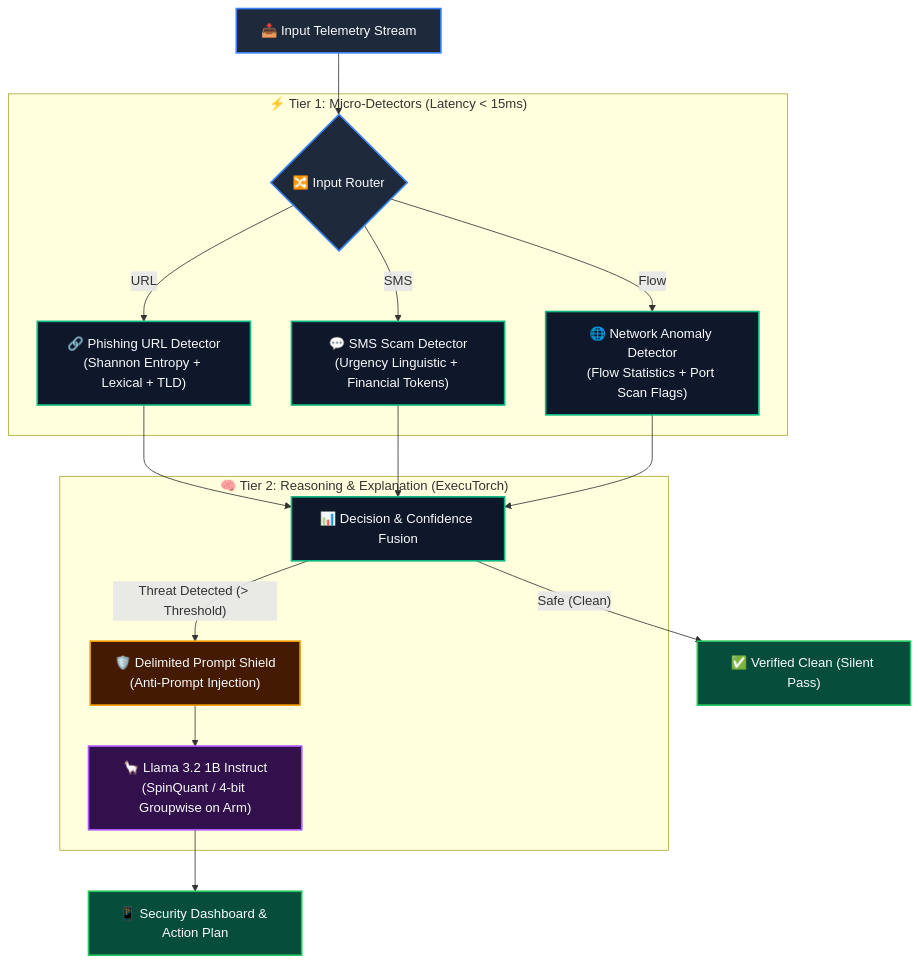
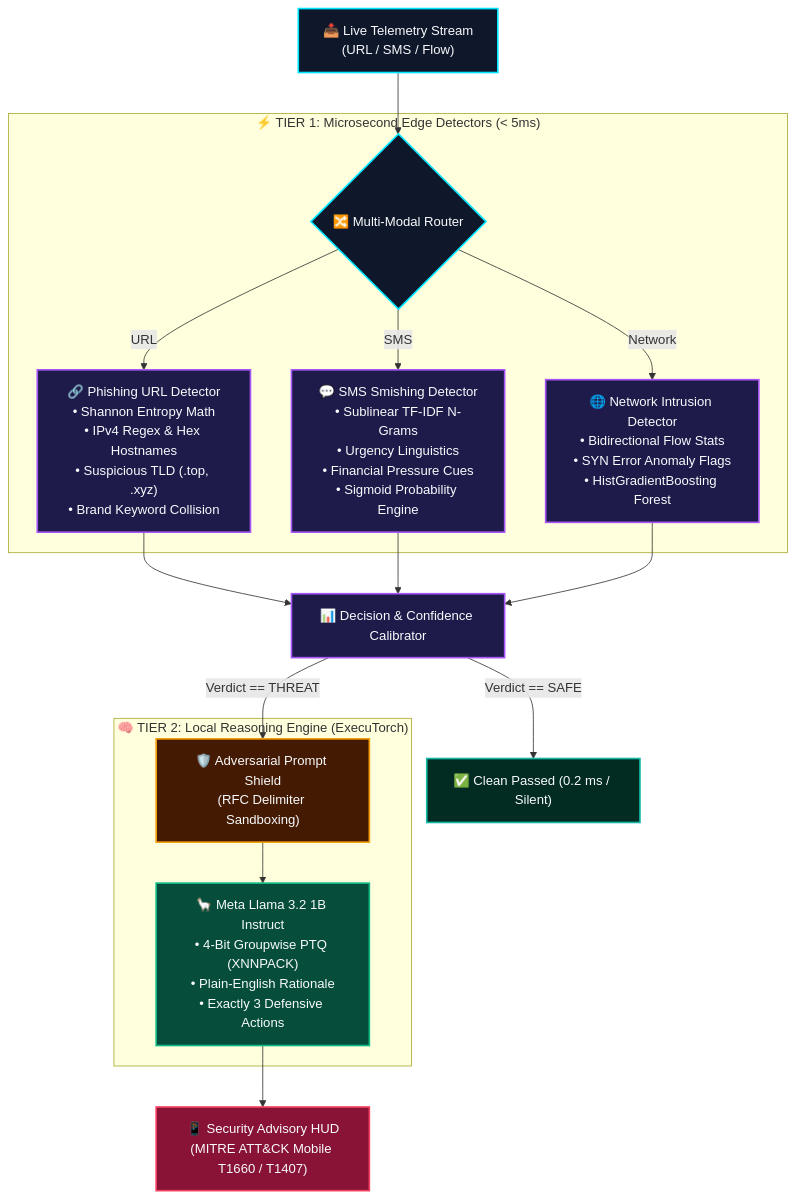
Before and after one commit to kd-prashant/On-Device-Threat-Detection: the diagram in README.md, drawn with Mermaid. The commit also changed other lines of this file and 1 other file, not shown here.

Commit message:
docs: modernize README with futuristic HUD theme and on-device hardware telemetry

````diff
--- a/README.md
+++ b/README.md
@@ -85,28 +110,30 @@
 ```mermaid
 flowchart TD
-    classDef inputStyle fill:#1e293b,stroke:#3b82f6,stroke-width:2px,color:#f8fafc;
-    classDef detectorStyle fill:#0f172a,stroke:#10b981,stroke-width:2px,color:#f8fafc;
-    classDef guardStyle fill:#451a03,stroke:#f59e0b,stroke-width:2px,color:#f8fafc;
-    classDef llmStyle fill:#31104b,stroke:#a855f7,stroke-width:2px,color:#f8fafc;
-    classDef outputStyle fill:#064e3b,stroke:#22c55e,stroke-width:2px,color:#f8fafc;
+    classDef inputStyle fill:#0f172a,stroke:#00e5ff,stroke-width:2px,color:#f8fafc;
+    classDef detectorStyle fill:#1e1b4b,stroke:#a855f7,stroke-width:2px,color:#f8fafc;
+    classDef shieldStyle fill:#451a03,stroke:#f59e0b,stroke-width:2px,color:#f8fafc;
+    classDef llmStyle fill:#064e3b,stroke:#10b981,stroke-width:2px,color:#f8fafc;
+    classDef alertStyle fill:#881337,stroke:#f43f5e,stroke-width:2px,color:#f8fafc;
+    classDef safeStyle fill:#022c22,stroke:#14b8a6,stroke-width:2px,color:#f8fafc;
 
-    IN["📥 Input Telemetry Stream"]:::inputStyle --> ROUTER{"🔀 Input Router"}:::inputStyle
+    STREAM["📥 Live Telemetry Stream\n(URL / SMS / Flow)"]:::inputStyle --> ROUTER{"🔀 Multi-Modal Router"}:::inputStyle
 
-    subgraph Tier1 ["⚡ Tier 1: Micro-Detectors (Latency < 15ms)"]
-        ROUTER -->|"URL"| URL_DET["🔗 Phishing URL Detector\n(Shannon Entropy + Lexical + TLD)"]:::detectorStyle
-        ROUTER -->|"SMS"| SMS_DET["💬 SMS Scam Detector\n(Urgency Linguistic + Financial Tokens)"]:::detectorStyle
-        ROUTER -->|"Flow"| NET_DET["🌐 Network Anomaly Detector\n(Flow Statistics + Port Scan Flags)"]:::detectorStyle
+    subgraph Tier1 ["⚡ TIER 1: Microsecond Edge Detectors (< 5ms)"]
+        ROUTER -->|"URL"| URL_DET["🔗 Phishing URL Detector\n• Shannon Entropy Math\n• IPv4 Regex & Hex Hostnames\n• Suspicious TLD (.top, .xyz)\n• Brand Keyword Collision"]:::detectorStyle
+        ROUTER -->|"SMS"| SMS_DET["💬 SMS Smishing Detector\n• Sublinear TF-IDF N-Grams\n• Urgency Linguistics\n• Financial Pressure Cues\n• Sigmoid Probability Engine"]:::detectorStyle
+        ROUTER -->|"Network"| NET_DET["🌐 Network Intrusion Detector\n• Bidirectional Flow Stats\n• SYN Error Anomaly Flags\n• HistGradientBoosting Forest"]:::detectorStyle
     end
 
-    URL_DET --> AGG["📊 Decision & Confidence Fusion"]:::detectorStyle
-    SMS_DET --> AGG
-    NET_DET --> AGG
+    URL_DET --> FUSION["📊 Decision & Confidence Calibrator"]:::detectorStyle
+    SMS_DET --> FUSION
+    NET_DET --> FUSION
 
-    subgraph Tier2 ["🧠 Tier 2: Reasoning & Explanation (ExecuTorch)"]
-        AGG -->|"Threat Detected (> Threshold)"| GUARD["🛡️ Delimited Prompt Shield\n(Anti-Prompt Injection)"]:::guardStyle
-        GUARD --> LLAMA["🦙 Llama 3.2 1B Instruct\n(SpinQuant / 4-bit Groupwise on Arm)"]:::llmStyle
+    FUSION -->|"Verdict == SAFE"| PASS["✅ Clean Passed (0.2 ms / Silent)"]:::safeStyle
+    FUSION -->|"Verdict == THREAT"| SHIELD["🛡️ Adversarial Prompt Shield\n(RFC Delimiter Sandboxing)"]:::shieldStyle
+
+    subgraph Tier2 ["🧠 TIER 2: Local Reasoning Engine (ExecuTorch)"]
+        SHIELD --> LLAMA["🦙 Meta Llama 3.2 1B Instruct\n• 4-Bit Groupwise PTQ (XNNPACK)\n• Plain-English Rationale\n• Exactly 3 Defensive Actions"]:::llmStyle
     end
 
-    LLAMA --> OUT["📱 Security Dashboard & Action Plan"]:::outputStyle
-    AGG -->|"Safe (Clean)"| CLEAN["✅ Verified Clean (Silent Pass)"]:::outputStyle
+    LLAMA --> OUT["📱 Security Advisory HUD\n(MITRE ATT&CK Mobile T1660 / T1407)"]:::alertStyle
 ```
````
